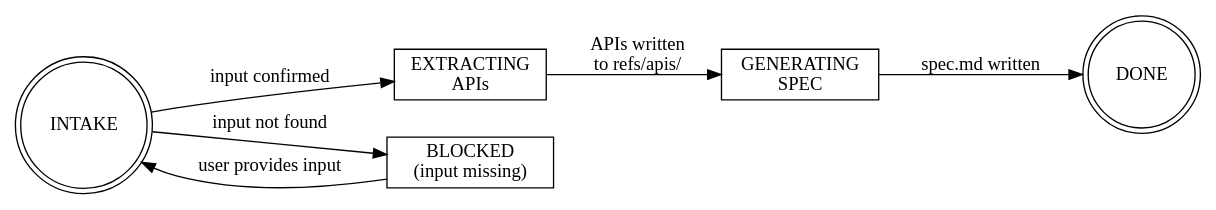
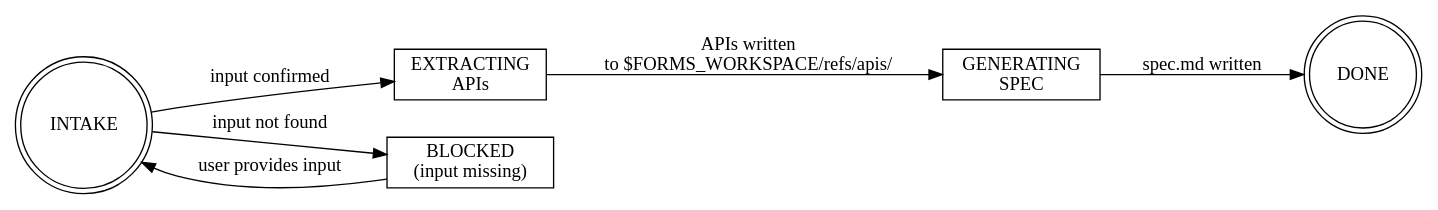
One commit to adobe-rnd/forms-skills changed the diagram in plugins/adaptive-forms-authoring/skills/forms-analysis/SKILL.md. Above: the diagram before and after it, drawn with Graphviz. The commit also changed other lines of this file and 5 other files, not shown here.

Commit message:
fix: add $FORMS_WORKSPACE prefix to remaining refs/apis/ and .agent/ paths

````diff
--- a/plugins/adaptive-forms-authoring/skills/forms-analysis/SKILL.md
+++ b/plugins/adaptive-forms-authoring/skills/forms-analysis/SKILL.md
@@ -35,18 +35,18 @@
 ```dot
 digraph analysis_pipeline {
   rankdir=LR;
   node [shape=box];
 
   INTAKE    [shape=doublecircle, label="INTAKE"];
   EXTRACTING [label="EXTRACTING\nAPIs"];
   GENERATING [label="GENERATING\nSPEC"];
   DONE      [shape=doublecircle, label="DONE"];
   BLOCKED   [label="BLOCKED\n(input missing)"];
 
   INTAKE    -> BLOCKED    [label="input not found"];
   INTAKE    -> EXTRACTING [label="input confirmed"];
   BLOCKED   -> INTAKE     [label="user provides input"];
-  EXTRACTING -> GENERATING [label="APIs written\nto refs/apis/"];
+  EXTRACTING -> GENERATING [label="APIs written\nto $FORMS_WORKSPACE/refs/apis/"];
   GENERATING -> DONE      [label="spec.md written"];
 }
 ```
````
